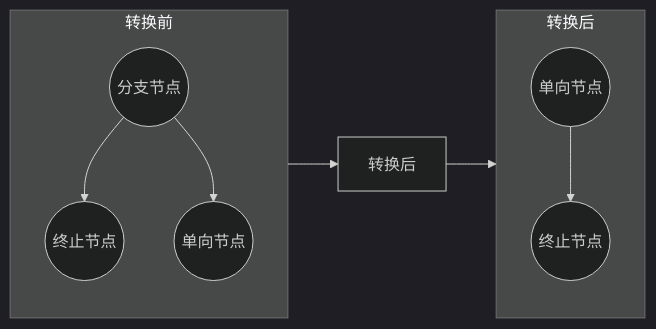
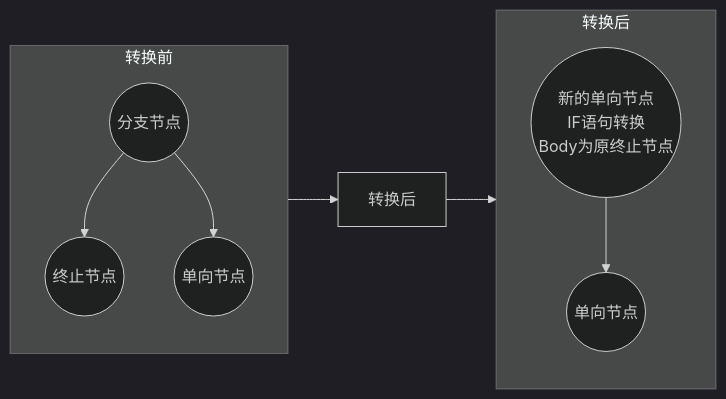
Diagram 20 of 22 in 控制流节点合并说明文档.md (jsCrack8/JavaScript-Deobfuscator), drawn with Mermaid (dark theme) before and after one commit. The commit also changed other lines of this file, not shown here.

````diff
--- a/控制流节点合并说明文档.md
+++ b/控制流节点合并说明文档.md
@@ -420,19 +431,19 @@
 ```mermaid
 flowchart LR
   subgraph L10["转换前"]
     direction TB
     A10(("分支节点"))
     B10(("终止节点"))
     C10(("单向节点"))
     A10 --> B10
     A10 --> C10
   end
-  C10 --> X10["转换后"]
+  X10["转换后"]
   subgraph R10["转换后"]
     direction TB
-    D10(("单向节点"))
-    E10(("终止节点"))
+    D10(("新的单向节点<br/>IF语句转换<br/>Body为原终止节点"))
+    E10(("单向节点"))
     D10 --> E10
   end
-  X10 --> D10
+  L10 --> X10 --> R10
 ```
````
